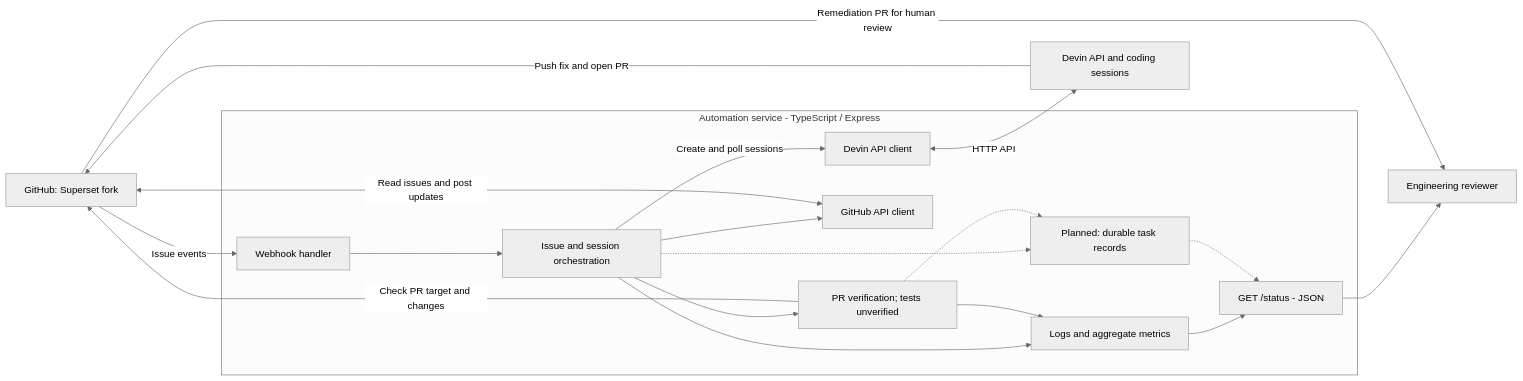
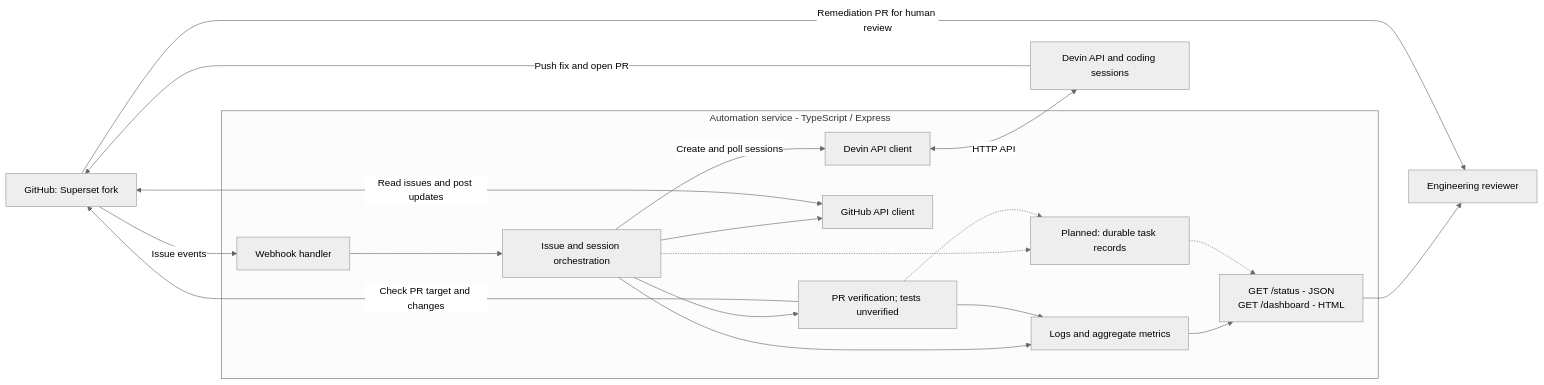
The first of 2 diagrams in README.md (chengify/devin-demo), drawn with Mermaid (neutral theme) before and after one commit. The commit also changed other lines of this file and 5 other files, not shown here.

````diff
--- a/README.md
+++ b/README.md
@@ -60,35 +60,35 @@
 ```mermaid
 flowchart LR
     github["GitHub: Superset fork"]
     devin["Devin API and coding sessions"]
     reviewer["Engineering reviewer"]
 
     subgraph service["Automation service - TypeScript / Express"]
         webhook["Webhook handler"]
         automation["Issue and session orchestration"]
         client["Devin API client"]
         ghclient["GitHub API client"]
         metrics["Logs and aggregate metrics"]
-        status["GET /status - JSON"]
+        status["GET /status - JSON<br/>GET /dashboard - HTML"]
         tasks["Planned: durable task records"]
         verify["PR verification; tests unverified"]
     end
 
     github -->|Issue events| webhook
     webhook --> automation
     automation -->|Create and poll sessions| client
     client <-->|HTTP API| devin
     automation --> ghclient
     ghclient <-->|Read issues and post updates| github
     automation --> metrics
     metrics --> status
     status --> reviewer
     automation -.-> tasks
     devin -->|Push fix and open PR| github
     automation --> verify
     verify -->|Check PR target and changes| github
     verify --> metrics
     verify -.-> tasks
     tasks -.-> status
     github -->|Remediation PR for human review| reviewer
 ```
````
